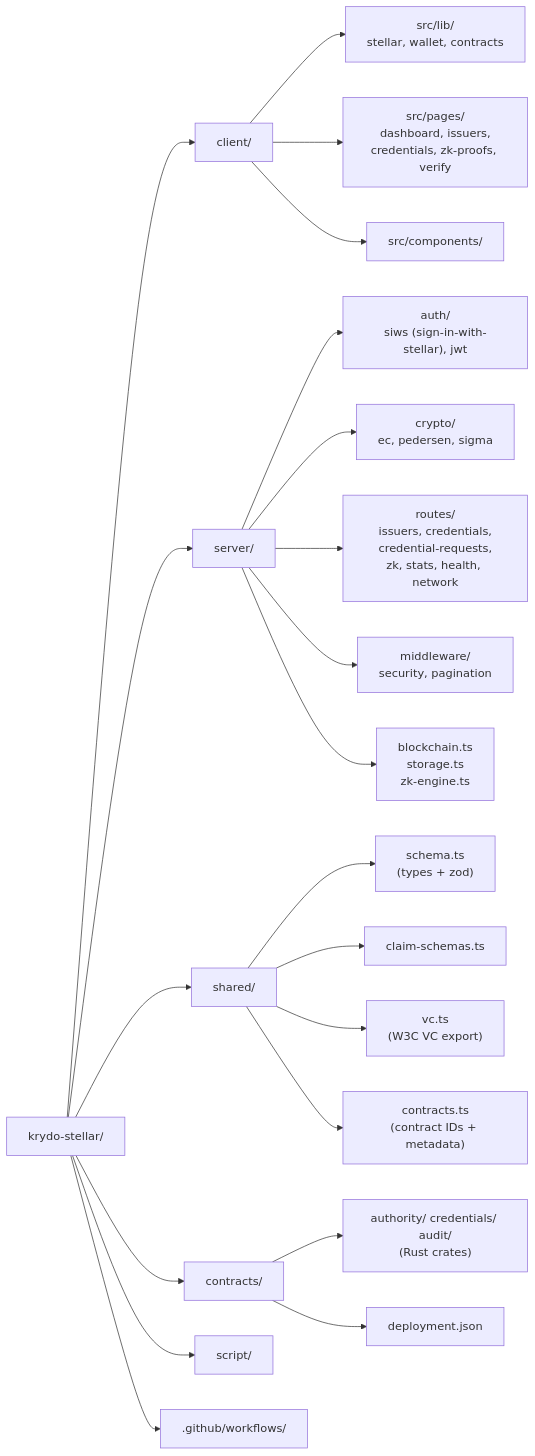
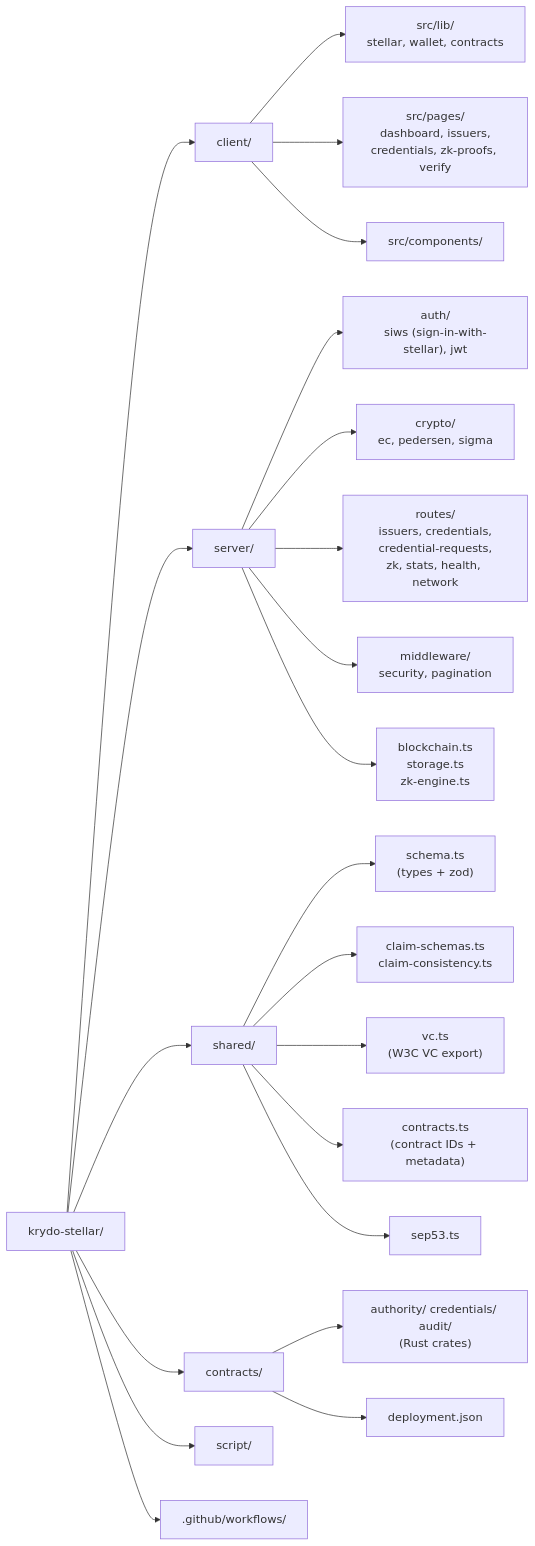
Before and after one commit to nishant-uxs/krydo-stellar: the fifth of 26 diagrams in DOCUMENTATION.md, drawn with Mermaid. The commit also changed other lines of this file and 2 other files, not shown here.

Commit message:
Align README and docs with wallet-signed Soroban flows.

````diff
--- a/DOCUMENTATION.md
+++ b/DOCUMENTATION.md
@@ -212,28 +214,29 @@
 ```mermaid
 flowchart LR
     ROOT["krydo-stellar/"]
     ROOT --> CLIENT["client/"]
     ROOT --> SERVER["server/"]
     ROOT --> SHARED["shared/"]
     ROOT --> CONTRACTS["contracts/"]
     ROOT --> SCRIPT["script/"]
     ROOT --> CI[".github/workflows/"]
 
     CLIENT --> CLI_LIB["src/lib/<br/>stellar, wallet, contracts"]
     CLIENT --> CLI_PAGES["src/pages/<br/>dashboard, issuers,<br/>credentials, zk-proofs, verify"]
     CLIENT --> CLI_COMP["src/components/"]
 
     SERVER --> SRV_AUTH["auth/<br/>siws (sign-in-with-stellar), jwt"]
     SERVER --> SRV_CRYPTO["crypto/<br/>ec, pedersen, sigma"]
     SERVER --> SRV_ROUTES["routes/<br/>issuers, credentials,<br/>credential-requests,<br/>zk, stats, health, network"]
     SERVER --> SRV_MIDDLE["middleware/<br/>security, pagination"]
     SERVER --> SRV_MISC["blockchain.ts<br/>storage.ts<br/>zk-engine.ts"]
 
     SHARED --> S_SCHEMA["schema.ts<br/>(types + zod)"]
-    SHARED --> S_CLAIMS["claim-schemas.ts"]
+    SHARED --> S_CLAIMS["claim-schemas.ts<br/>claim-consistency.ts"]
     SHARED --> S_VC["vc.ts<br/>(W3C VC export)"]
     SHARED --> S_CONT["contracts.ts<br/>(contract IDs + metadata)"]
+    SHARED --> S_SEP["sep53.ts"]
 
     CONTRACTS --> C_SOL["authority/ credentials/ audit/<br/>(Rust crates)"]
     CONTRACTS --> C_JSON["deployment.json"]
 ```
````
